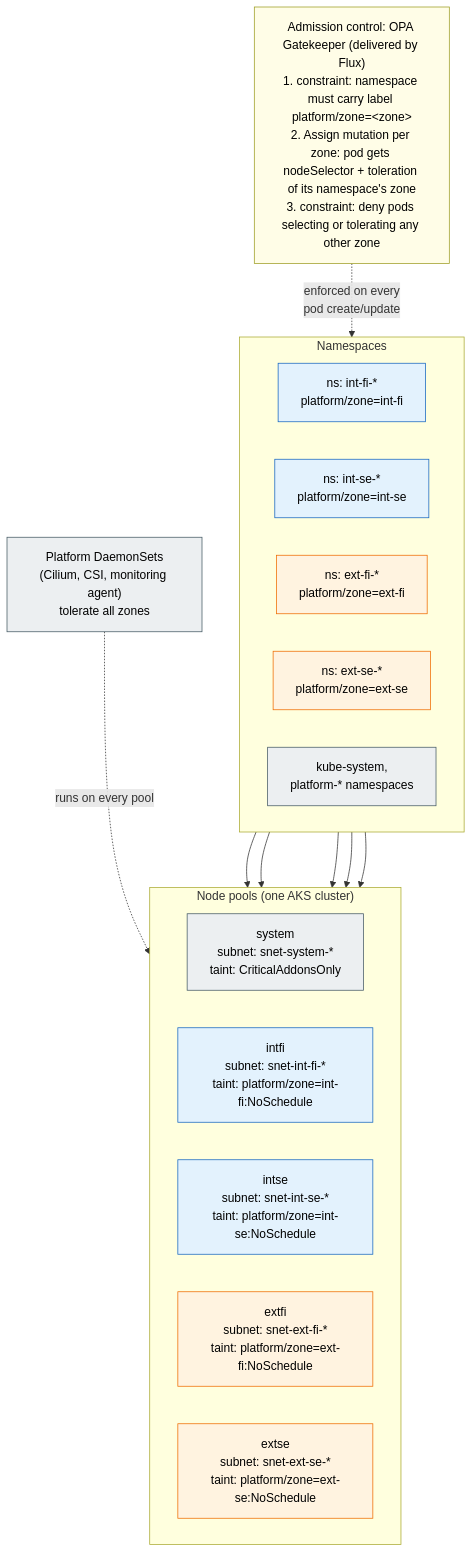
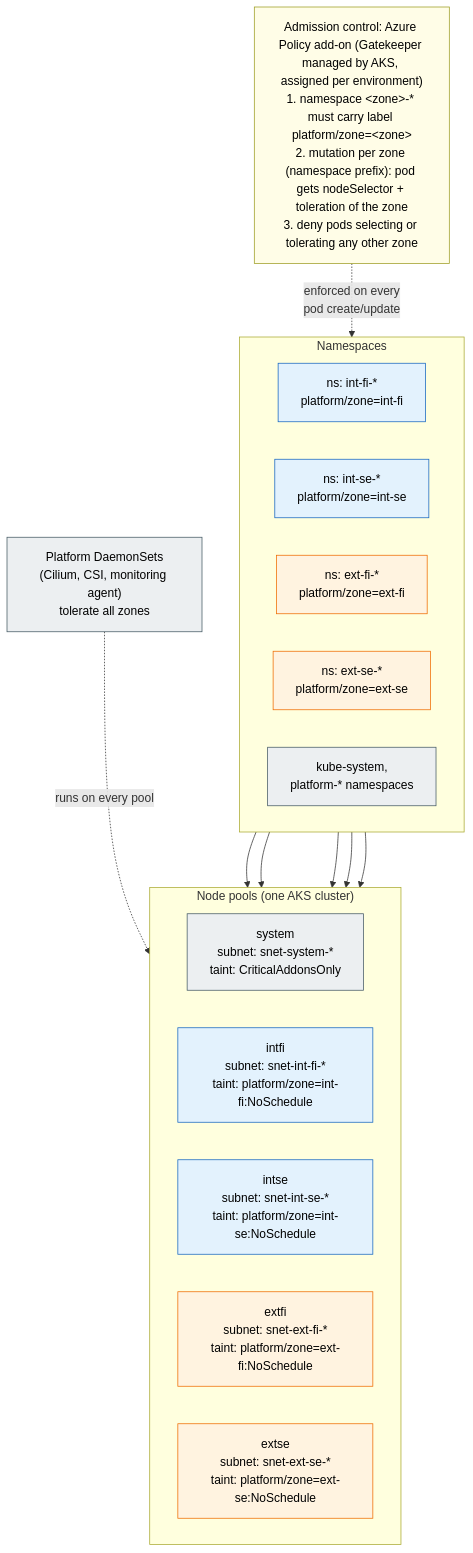
One commit to olljanat-ai/aks-design changed the diagram in diagrams/04-node-pools.mmd. Above: the diagram before and after it, drawn with Mermaid. The commit also changed 8 other files, not shown here.

First line of the commit message:
Use Azure Policy add-on for policies and distribute certificates through Key Vault

```diff
--- a/diagrams/04-node-pools.mmd
+++ b/diagrams/04-node-pools.mmd
@@ -1,40 +1,40 @@
 %% Node pool per zone: scheduling isolation with labels, taints and admission control
 flowchart TB
-    adm["Admission control: OPA Gatekeeper (delivered by Flux)<br/>1. constraint: namespace must carry label platform/zone=&lt;zone&gt;<br/>2. Assign mutation per zone: pod gets nodeSelector + toleration of its namespace's zone<br/>3. constraint: deny pods selecting or tolerating any other zone"]
+    adm["Admission control: Azure Policy add-on (Gatekeeper managed by AKS, assigned per environment)<br/>1. namespace &lt;zone&gt;-* must carry label platform/zone=&lt;zone&gt;<br/>2. mutation per zone (namespace prefix): pod gets nodeSelector + toleration of the zone<br/>3. deny pods selecting or tolerating any other zone"]
 
     subgraph NS["Namespaces"]
         direction LR
         ns_ifi["ns: int-fi-*<br/>platform/zone=int-fi"]
         ns_ise["ns: int-se-*<br/>platform/zone=int-se"]
         ns_efi["ns: ext-fi-*<br/>platform/zone=ext-fi"]
         ns_ese["ns: ext-se-*<br/>platform/zone=ext-se"]
         ns_sys["kube-system,<br/>platform-* namespaces"]
     end
 
     subgraph POOLS["Node pools (one AKS cluster)"]
         direction LR
         p_sys["system<br/>subnet: snet-system-*<br/>taint: CriticalAddonsOnly"]
         p_ifi["intfi<br/>subnet: snet-int-fi-*<br/>taint: platform/zone=int-fi:NoSchedule"]
         p_ise["intse<br/>subnet: snet-int-se-*<br/>taint: platform/zone=int-se:NoSchedule"]
         p_efi["extfi<br/>subnet: snet-ext-fi-*<br/>taint: platform/zone=ext-fi:NoSchedule"]
         p_ese["extse<br/>subnet: snet-ext-se-*<br/>taint: platform/zone=ext-se:NoSchedule"]
     end
 
     adm -.->|"enforced on every<br/>pod create/update"| NS
     ns_sys --> p_sys
     ns_ifi --> p_ifi
     ns_ise --> p_ise
     ns_efi --> p_efi
     ns_ese --> p_ese
 
     ds["Platform DaemonSets<br/>(Cilium, CSI, monitoring agent)<br/>tolerate all zones"]
     ds -.->|"runs on every pool"| POOLS
 
     classDef cp fill:#eceff1,stroke:#455a64,color:#000
     classDef int fill:#e3f2fd,stroke:#1565c0,color:#000
     classDef ext fill:#fff3e0,stroke:#ef6c00,color:#000
     classDef note fill:#fffde7,stroke:#9e9d24,color:#000
     class p_sys,ns_sys,ds cp
     class p_ifi,p_ise,ns_ifi,ns_ise int
     class p_efi,p_ese,ns_efi,ns_ese ext
     class adm note
```
